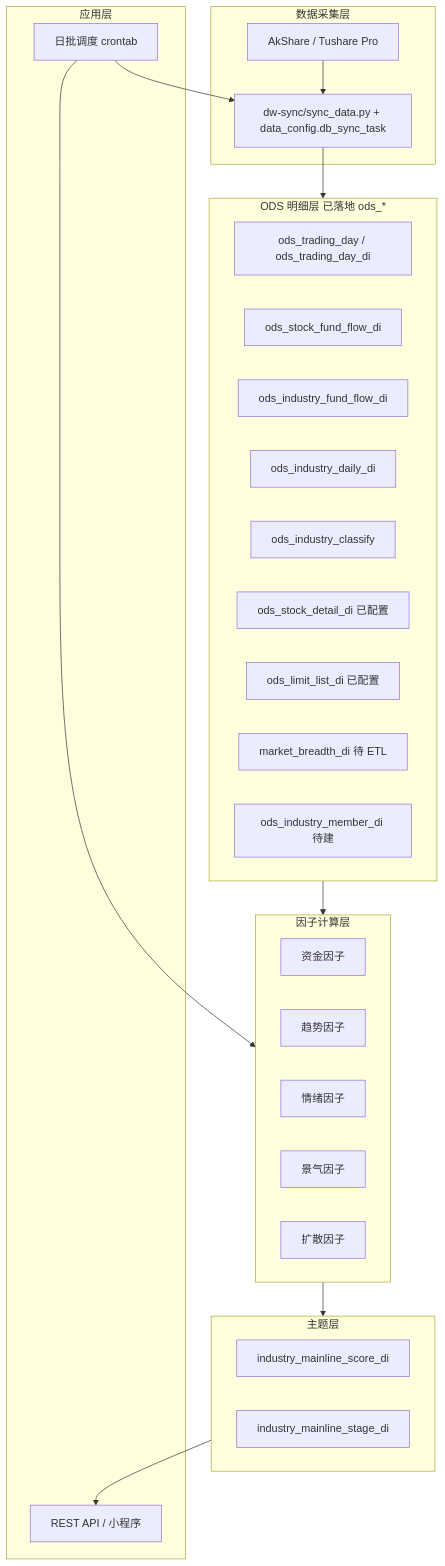
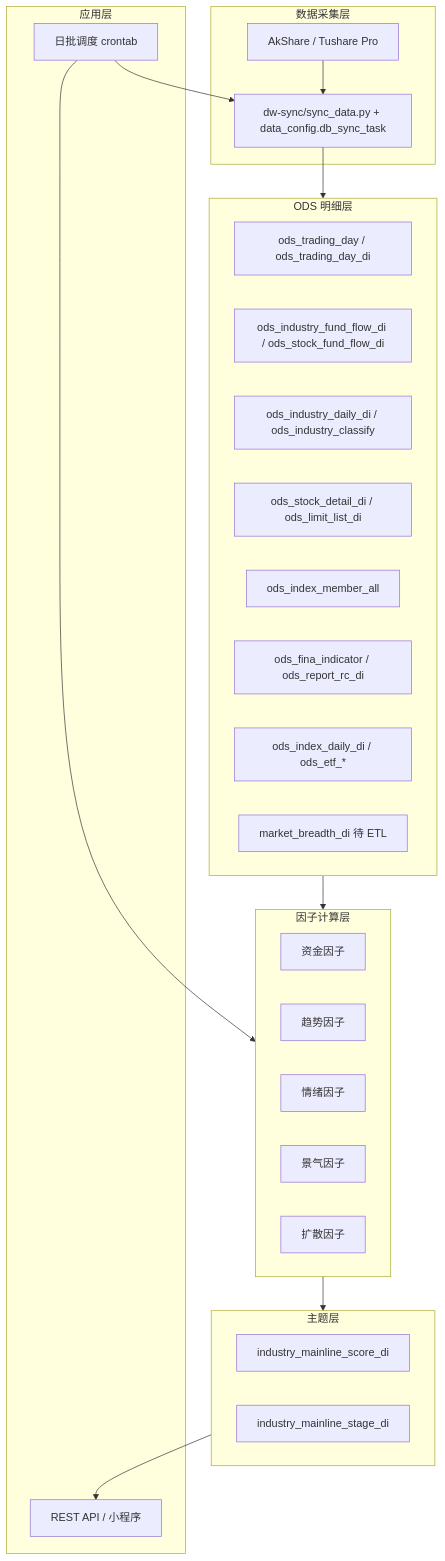
One commit to jinlujie111/stock_data changed the first of 2 diagrams in 需求整理/需求1-主线板块确认-技术文档.md. Above: the diagram before and after it, drawn with Mermaid. The commit also changed other lines of this file and 2 other files, not shown here.

````diff
--- a/需求整理/需求1-主线板块确认-技术文档.md
+++ b/需求整理/需求1-主线板块确认-技术文档.md
@@ -11,38 +11,37 @@
 ```mermaid
 flowchart TB
     subgraph ingest [数据采集层]
         AK[AkShare / Tushare Pro]
         SYNC[dw-sync/sync_data.py + data_config.db_sync_task]
     end
-    subgraph ods [ODS 明细层 已落地 ods_*]
+    subgraph ods [ODS 明细层]
         T0[ods_trading_day / ods_trading_day_di]
-        T1[ods_stock_fund_flow_di]
-        T2[ods_industry_fund_flow_di]
-        T3[ods_industry_daily_di]
-        T4[ods_industry_classify]
-        T5[ods_stock_detail_di 已配置]
-        T6[ods_limit_list_di 已配置]
+        T1[ods_industry_fund_flow_di / ods_stock_fund_flow_di]
+        T2[ods_industry_daily_di / ods_industry_classify]
+        T3[ods_stock_detail_di / ods_limit_list_di]
+        T4[ods_index_member_all]
+        T5[ods_fina_indicator / ods_report_rc_di]
+        T6[ods_index_daily_di / ods_etf_*]
         T7[market_breadth_di 待 ETL]
-        T8[ods_industry_member_di 待建]
     end
     subgraph dwd [因子计算层]
         F1[资金因子]
         F2[趋势因子]
         F3[情绪因子]
         F4[景气因子]
         F5[扩散因子]
     end
     subgraph dm [主题层]
         SC[industry_mainline_score_di]
         ST[industry_mainline_stage_di]
     end
     subgraph app [应用层]
         API[REST API / 小程序]
         JOB[日批调度 crontab]
     end
     AK --> SYNC --> ods
     ods --> dwd --> dm
     dm --> API
     JOB --> SYNC
     JOB --> dwd
 ```
````
